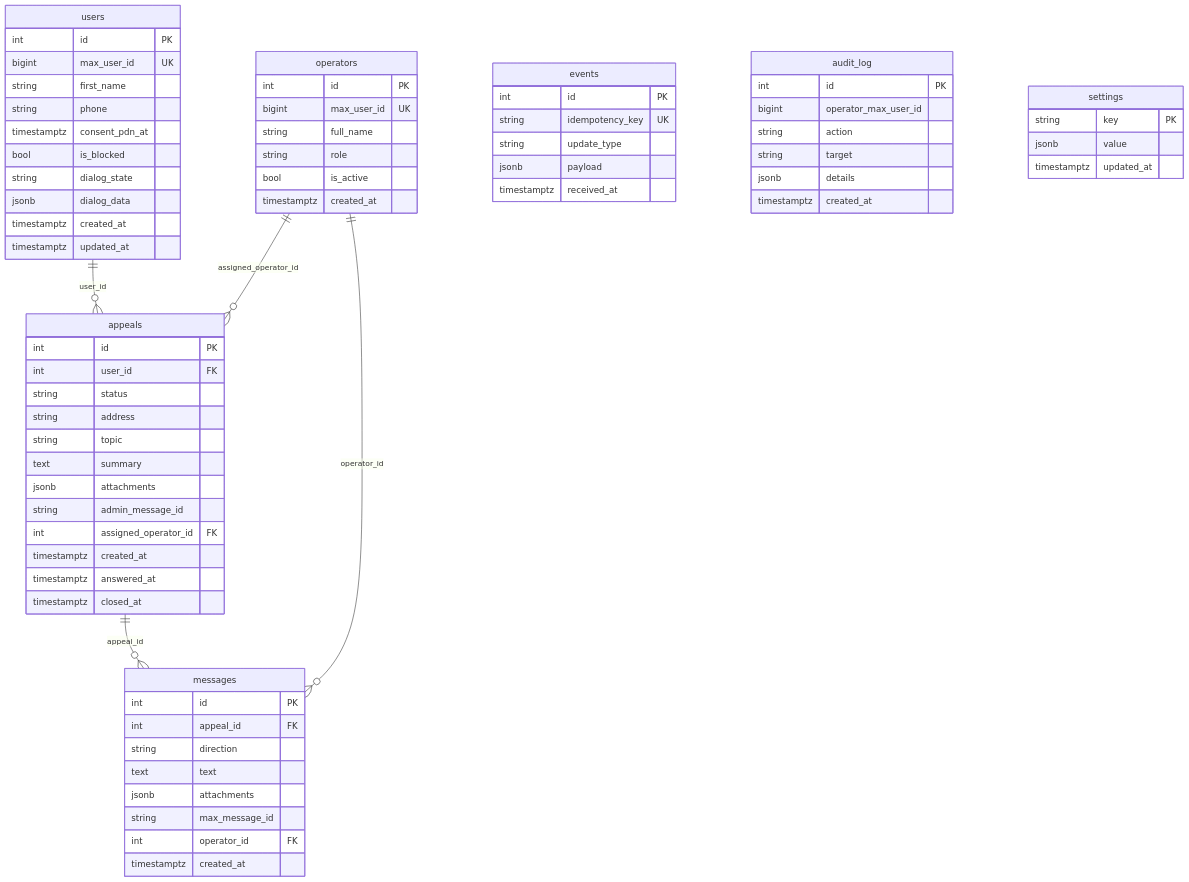
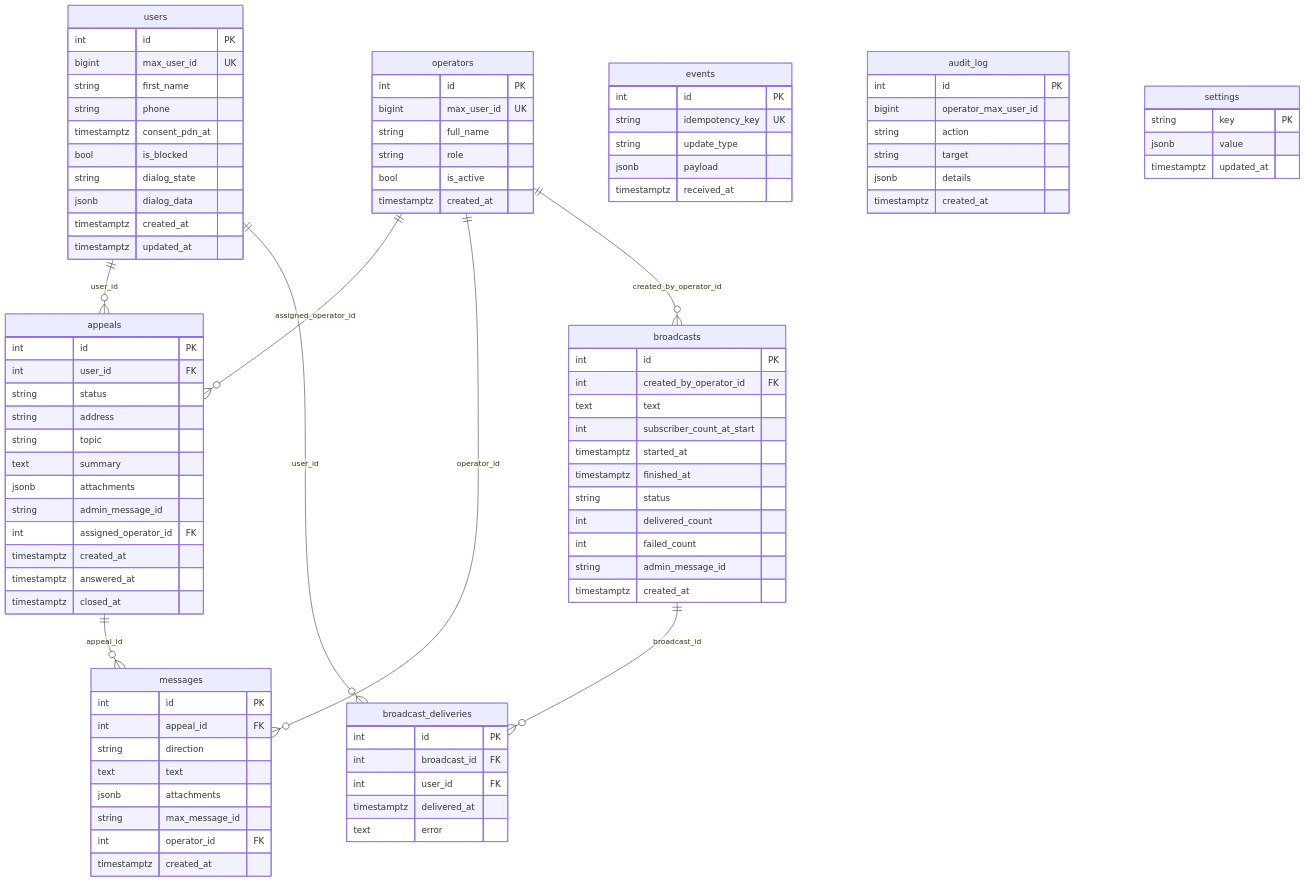
Before and after one commit to gaben1488/aemr-bot: the diagram in docs/db-schema.md, drawn with Mermaid. The commit also changed other lines of this file and 14 other files, not shown here.

````diff
--- a/docs/db-schema.md
+++ b/docs/db-schema.md
@@ -79,4 +79,30 @@
         jsonb value
         timestamptz updated_at
     }
+
+    broadcasts ||--o{ broadcast_deliveries : "broadcast_id"
+    operators ||--o{ broadcasts : "created_by_operator_id"
+    users ||--o{ broadcast_deliveries : "user_id"
+
+    broadcasts {
+        int id PK
+        int created_by_operator_id FK
+        text text
+        int subscriber_count_at_start
+        timestamptz started_at
+        timestamptz finished_at
+        string status
+        int delivered_count
+        int failed_count
+        string admin_message_id
+        timestamptz created_at
+    }
+
+    broadcast_deliveries {
+        int id PK
+        int broadcast_id FK
+        int user_id FK
+        timestamptz delivered_at
+        text error
+    }
 ```
````
